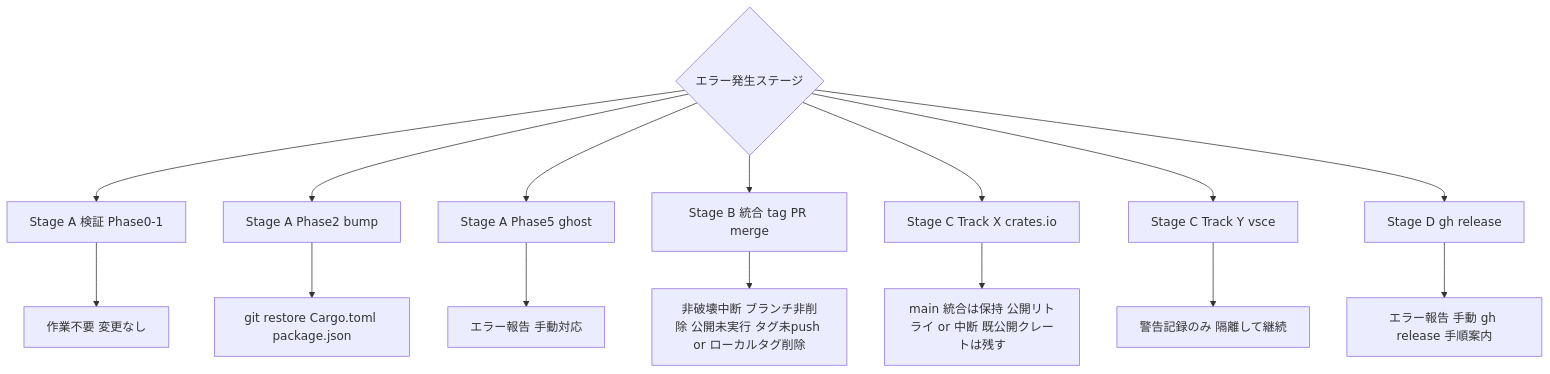
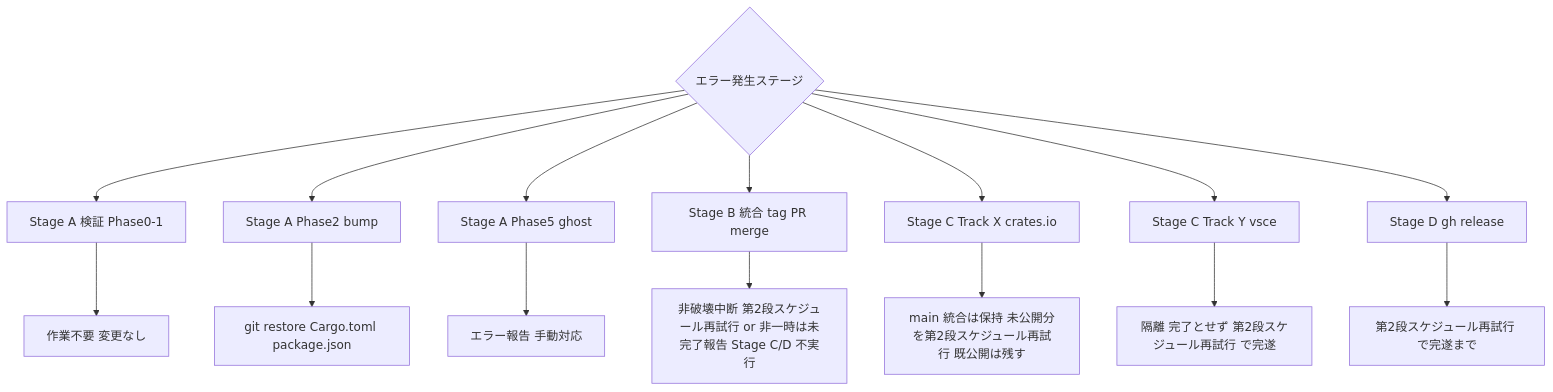
One commit to ekicyou/pasta changed the third of 3 diagrams in .kiro/specs/release-workflow/design.md. Above: the diagram before and after it, drawn with Mermaid. The commit also changed other lines of this file and 2 other files, not shown here.

Commit message:
docs(release-workflow): add Req11 completion guarantee + scheduled persistent retry (no half-done)

````diff
--- a/.kiro/specs/release-workflow/design.md
+++ b/.kiro/specs/release-workflow/design.md
@@ -286,18 +294,18 @@
 ```mermaid
 flowchart TD
     A{エラー発生ステージ} --> B[Stage A 検証 Phase0-1]
     A --> C[Stage A Phase2 bump]
     A --> P5[Stage A Phase5 ghost]
     A --> INT[Stage B 統合 tag PR merge]
     A --> X[Stage C Track X crates.io]
     A --> Y[Stage C Track Y vsce]
     A --> D[Stage D gh release]
 
     B --> B1[作業不要 変更なし]
     C --> C1[git restore Cargo.toml package.json]
     P5 --> P51[エラー報告 手動対応]
-    INT --> INT1[非破壊中断 ブランチ非削除 公開未実行 タグ未push or ローカルタグ削除]
-    X --> X1[main 統合は保持 公開リトライ or 中断 既公開クレートは残す]
-    Y --> Y1[警告記録のみ 隔離して継続]
-    D --> D1[エラー報告 手動 gh release 手順案内]
+    INT --> INT1[非破壊中断 第2段スケジュール再試行 or 非一時は未完了報告 Stage C/D 不実行]
+    X --> X1[main 統合は保持 未公開分を第2段スケジュール再試行 既公開は残す]
+    Y --> Y1[隔離 完了とせず 第2段スケジュール再試行 で完遂]
+    D --> D1[第2段スケジュール再試行 で完遂まで]
 ```
````
